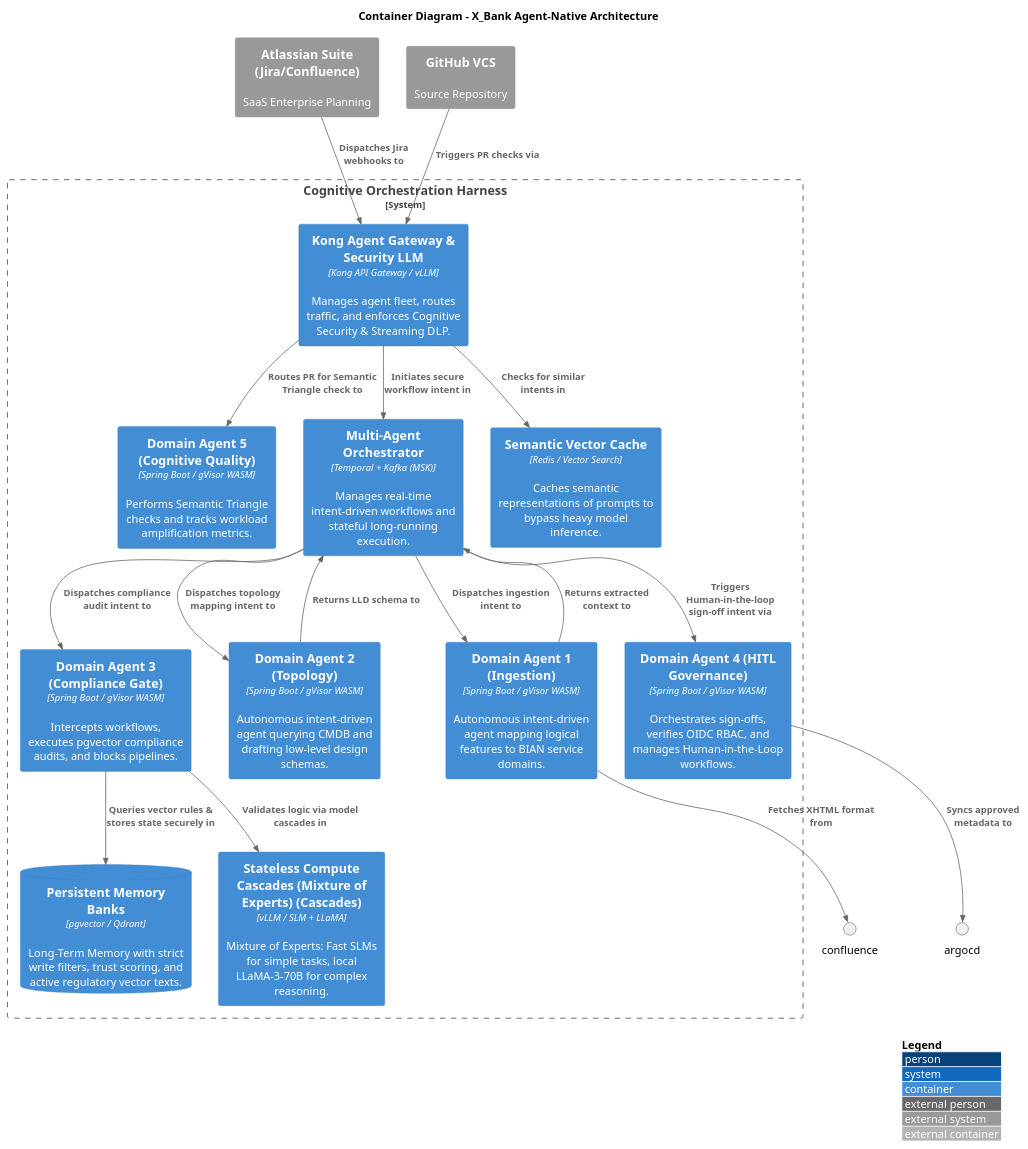
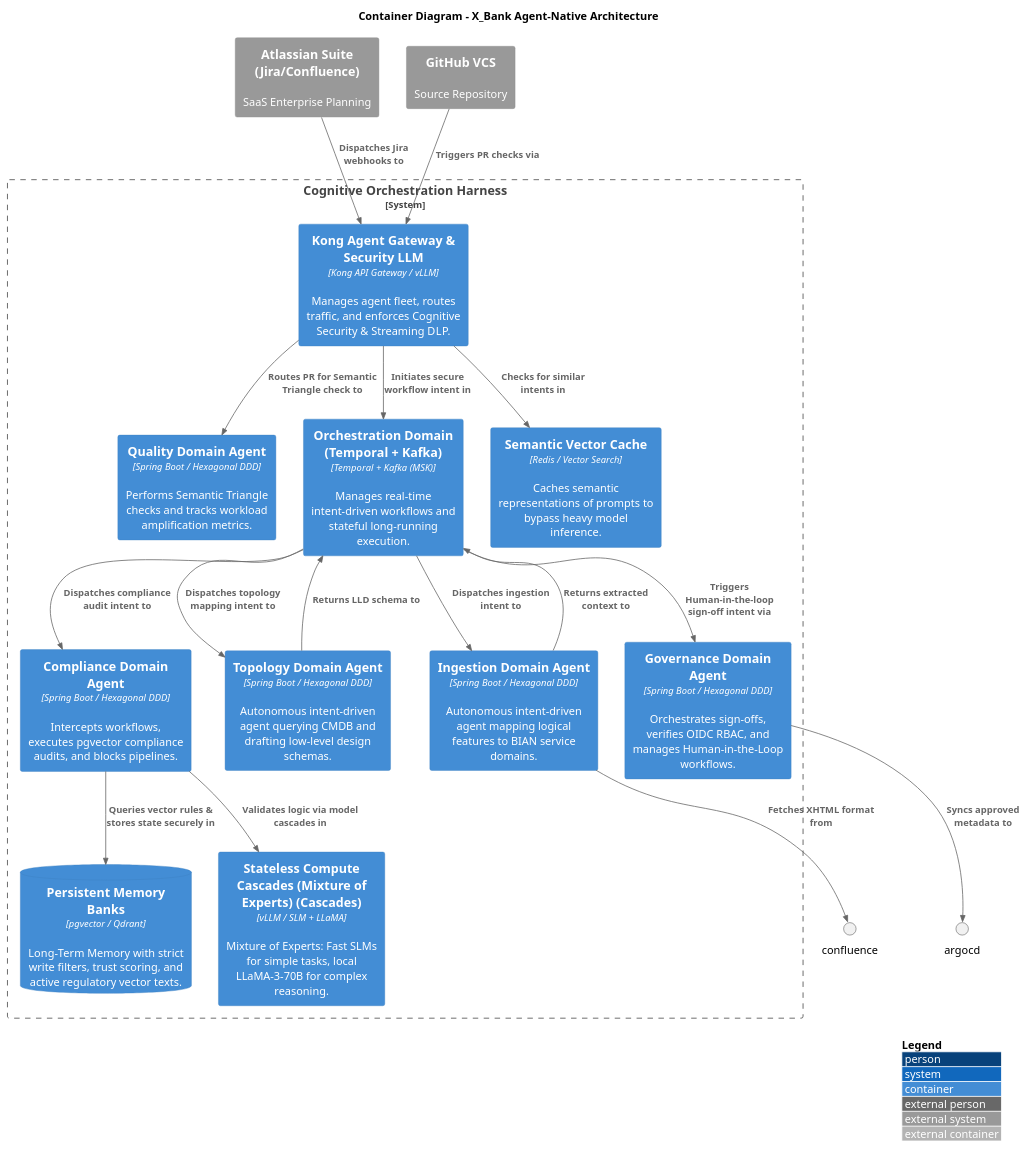
One commit to COPUR/X_Bank-Agentive-Architecture-Framework changed the diagram in x_bank-core/c4_container_v2.puml. Above: the diagram before and after it, drawn with PlantUML. The commit also changed 123 other files, not shown here.

First line of the commit message:
feat: Implement Ralph & Managed Harness Architectures

```diff
--- a/x_bank-core/c4_container_v2.puml
+++ b/x_bank-core/c4_container_v2.puml
@@ -1,42 +1,42 @@
 @startuml c4_container
 !include https://raw.githubusercontent.com/plantuml-stdlib/C4-PlantUML/master/C4_Container.puml
 
 LAYOUT_WITH_LEGEND()
 
 title Container Diagram - X_Bank Agent-Native Architecture
 
 System_Boundary(harness_boundary, "Cognitive Orchestration Harness") {
     Container(agent_gateway, "Kong Agent Gateway & Security LLM", "Kong API Gateway / vLLM", "Manages agent fleet, routes traffic, and enforces Cognitive Security & Streaming DLP.")
     
-    Container(agent1, "Domain Agent 1 (Ingestion)", "Spring Boot / gVisor WASM", "Autonomous intent-driven agent mapping logical features to BIAN service domains.")
-    Container(agent2, "Domain Agent 2 (Topology)", "Spring Boot / gVisor WASM", "Autonomous intent-driven agent querying CMDB and drafting low-level design schemas.")
-    Container(agent3, "Domain Agent 3 (Compliance Gate)", "Spring Boot / gVisor WASM", "Intercepts workflows, executes pgvector compliance audits, and blocks pipelines.")
-    Container(agent4, "Domain Agent 4 (HITL Governance)", "Spring Boot / gVisor WASM", "Orchestrates sign-offs, verifies OIDC RBAC, and manages Human-in-the-Loop workflows.")
-    Container(agent5, "Domain Agent 5 (Cognitive Quality)", "Spring Boot / gVisor WASM", "Performs Semantic Triangle checks and tracks workload amplification metrics.")
+    Container(ingestion_domain, "Ingestion Domain Agent", "Spring Boot / Hexagonal DDD", "Autonomous intent-driven agent mapping logical features to BIAN service domains.")
+    Container(topology_domain, "Topology Domain Agent", "Spring Boot / Hexagonal DDD", "Autonomous intent-driven agent querying CMDB and drafting low-level design schemas.")
+    Container(compliance_domain, "Compliance Domain Agent", "Spring Boot / Hexagonal DDD", "Intercepts workflows, executes pgvector compliance audits, and blocks pipelines.")
+    Container(governance_domain, "Governance Domain Agent", "Spring Boot / Hexagonal DDD", "Orchestrates sign-offs, verifies OIDC RBAC, and manages Human-in-the-Loop workflows.")
+    Container(quality_domain, "Quality Domain Agent", "Spring Boot / Hexagonal DDD", "Performs Semantic Triangle checks and tracks workload amplification metrics.")
     
     ContainerDb(memory_banks, "Persistent Memory Banks", "pgvector / Qdrant", "Long-Term Memory with strict write filters, trust scoring, and active regulatory vector texts.")
-    Container(temporal_kafka, "Multi-Agent Orchestrator", "Temporal + Kafka (MSK)", "Manages real-time intent-driven workflows and stateful long-running execution.")
+    Container(orchestration_domain, "Orchestration Domain (Temporal + Kafka)", "Temporal + Kafka (MSK)", "Manages real-time intent-driven workflows and stateful long-running execution.")
     
     Container(semantic_cache, "Semantic Vector Cache", "Redis / Vector Search", "Caches semantic representations of prompts to bypass heavy model inference.")
     Container(local_llm, "Stateless Compute Cascades (Mixture of Experts) (Cascades)", "vLLM / SLM + LLaMA", "Mixture of Experts: Fast SLMs for simple tasks, local LLaMA-3-70B for complex reasoning.")
 }
 
 System_Ext(atlassian, "Atlassian Suite (Jira/Confluence)", "SaaS Enterprise Planning")
 System_Ext(github_ext, "GitHub VCS", "Source Repository")
 
 Rel(atlassian, agent_gateway, "Dispatches Jira webhooks to")
 Rel(agent_gateway, semantic_cache, "Checks for similar intents in")
-Rel(agent_gateway, temporal_kafka, "Initiates secure workflow intent in")
-Rel(agent1, confluence, "Fetches XHTML format from")
-Rel(temporal_kafka, agent1, "Dispatches ingestion intent to")
-Rel(agent1, temporal_kafka, "Returns extracted context to")
-Rel(temporal_kafka, agent2, "Dispatches topology mapping intent to")
-Rel(agent2, temporal_kafka, "Returns LLD schema to")
-Rel(temporal_kafka, agent3, "Dispatches compliance audit intent to")
-Rel(agent3, memory_banks, "Queries vector rules & stores state securely in")
-Rel(agent3, local_llm, "Validates logic via model cascades in")
-Rel(temporal_kafka, agent4, "Triggers Human-in-the-loop sign-off intent via")
-Rel(agent4, argocd, "Syncs approved metadata to")
+Rel(agent_gateway, orchestration_domain, "Initiates secure workflow intent in")
+Rel(ingestion_domain, confluence, "Fetches XHTML format from")
+Rel(orchestration_domain, ingestion_domain, "Dispatches ingestion intent to")
+Rel(ingestion_domain, orchestration_domain, "Returns extracted context to")
+Rel(orchestration_domain, topology_domain, "Dispatches topology mapping intent to")
+Rel(topology_domain, orchestration_domain, "Returns LLD schema to")
+Rel(orchestration_domain, compliance_domain, "Dispatches compliance audit intent to")
+Rel(compliance_domain, memory_banks, "Queries vector rules & stores state securely in")
+Rel(compliance_domain, local_llm, "Validates logic via model cascades in")
+Rel(orchestration_domain, governance_domain, "Triggers Human-in-the-loop sign-off intent via")
+Rel(governance_domain, argocd, "Syncs approved metadata to")
 Rel(github_ext, agent_gateway, "Triggers PR checks via")
-Rel(agent_gateway, agent5, "Routes PR for Semantic Triangle check to")
+Rel(agent_gateway, quality_domain, "Routes PR for Semantic Triangle check to")
 @enduml
```
